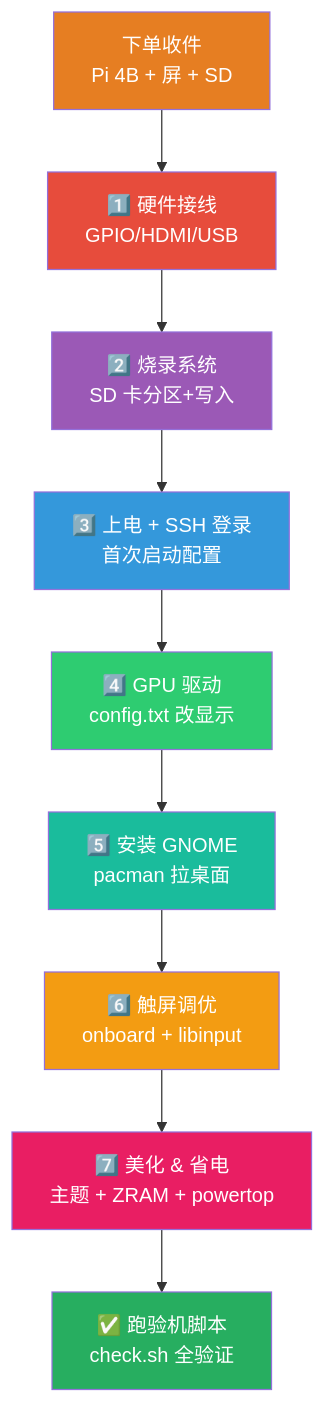
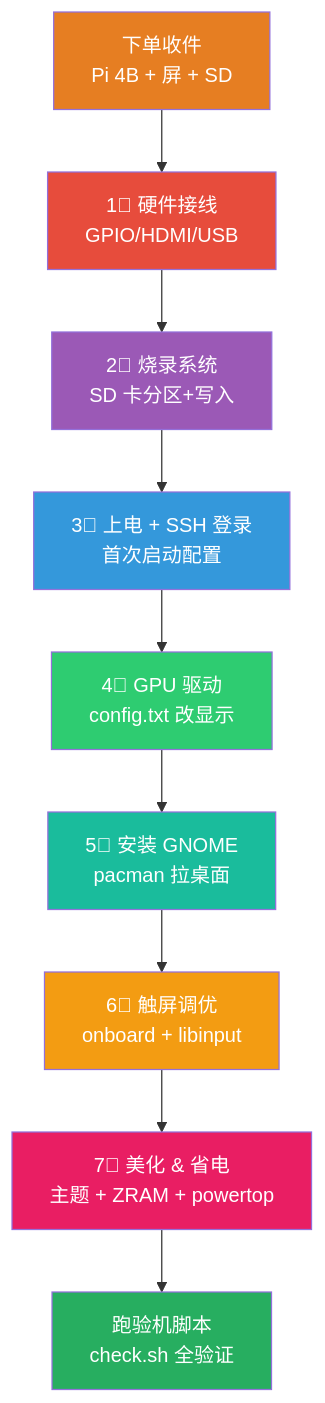
The third of 5 diagrams in linux/distro/arch/diy-tablet-guide.md (missercatos/RootStack), drawn with Mermaid before and after one commit. The commit also changed other lines of this file and 605 other files, not shown here.

````diff
--- a/linux/distro/arch/diy-tablet-guide.md
+++ b/linux/distro/arch/diy-tablet-guide.md
@@ -128,21 +128,21 @@
 ```mermaid
 flowchart TD
-    A["下单收件<br/>Pi 4B + 屏 + SD"] --> B["1️⃣ 硬件接线<br/>GPIO/HDMI/USB"]
-    B --> C["2️⃣ 烧录系统<br/>SD 卡分区+写入"]
-    C --> D["3️⃣ 上电 + SSH 登录<br/>首次启动配置"]
-    D --> E["4️⃣ GPU 驱动<br/>config.txt 改显示"]
-    E --> F["5️⃣ 安装 GNOME<br/>pacman 拉桌面"]
-    F --> G["6️⃣ 触屏调优<br/>onboard + libinput"]
-    G --> H["7️⃣ 美化 & 省电<br/>主题 + ZRAM + powertop"]
-    H --> I["✅ 跑验机脚本<br/>check.sh 全验证"]
+ A["下单收件<br/>Pi 4B + 屏 + SD"] --> B["1⃣ 硬件接线<br/>GPIO/HDMI/USB"]
+ B --> C["2⃣ 烧录系统<br/>SD 卡分区+写入"]
+ C --> D["3⃣ 上电 + SSH 登录<br/>首次启动配置"]
+ D --> E["4⃣ GPU 驱动<br/>config.txt 改显示"]
+ E --> F["5⃣ 安装 GNOME<br/>pacman 拉桌面"]
+ F --> G["6⃣ 触屏调优<br/>onboard + libinput"]
+ G --> H["7⃣ 美化 & 省电<br/>主题 + ZRAM + powertop"]
+ H --> I[" 跑验机脚本<br/>check.sh 全验证"]
 
-    style A fill:#e67e22,color:#fff
-    style B fill:#e74c3c,color:#fff
-    style C fill:#9b59b6,color:#fff
-    style D fill:#3498db,color:#fff
-    style E fill:#2ecc71,color:#fff
-    style F fill:#1abc9c,color:#fff
-    style G fill:#f39c12,color:#fff
-    style H fill:#e91e63,color:#fff
-    style I fill:#27ae60,color:#fff
+ style A fill:#e67e22,color:#fff
+ style B fill:#e74c3c,color:#fff
+ style C fill:#9b59b6,color:#fff
+ style D fill:#3498db,color:#fff
+ style E fill:#2ecc71,color:#fff
+ style F fill:#1abc9c,color:#fff
+ style G fill:#f39c12,color:#fff
+ style H fill:#e91e63,color:#fff
+ style I fill:#27ae60,color:#fff
 ```
````
